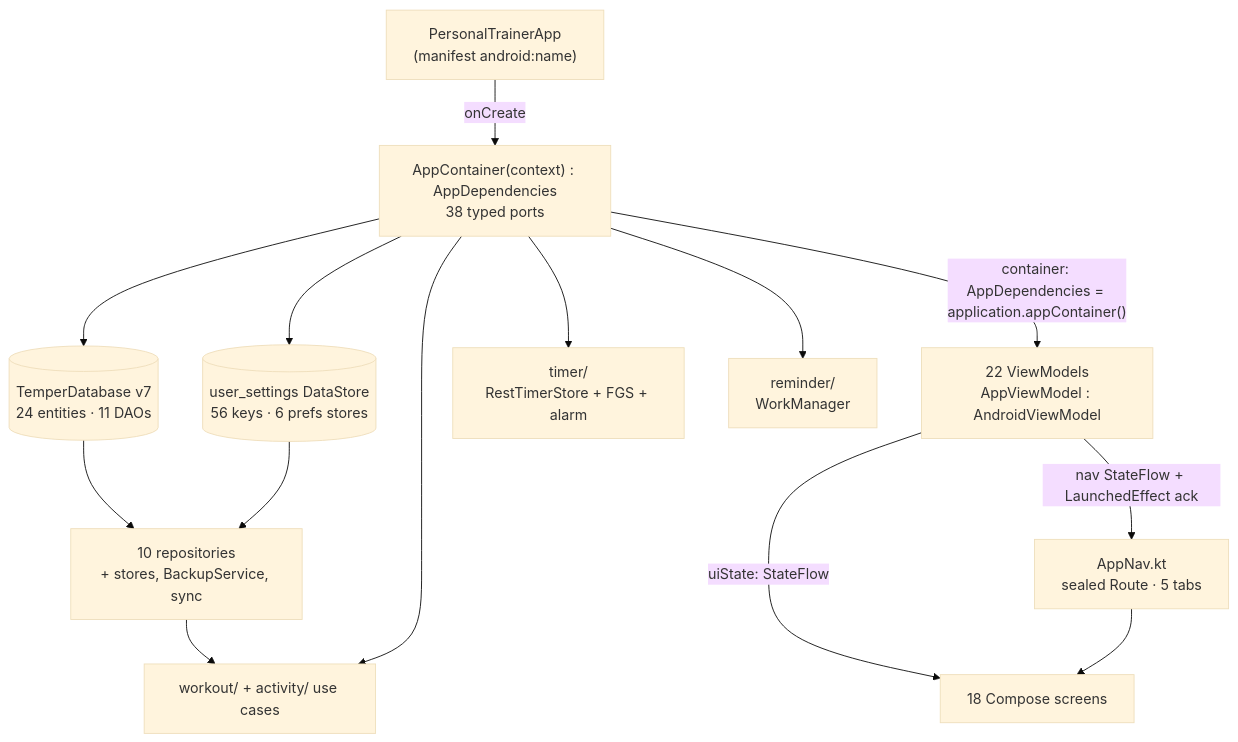
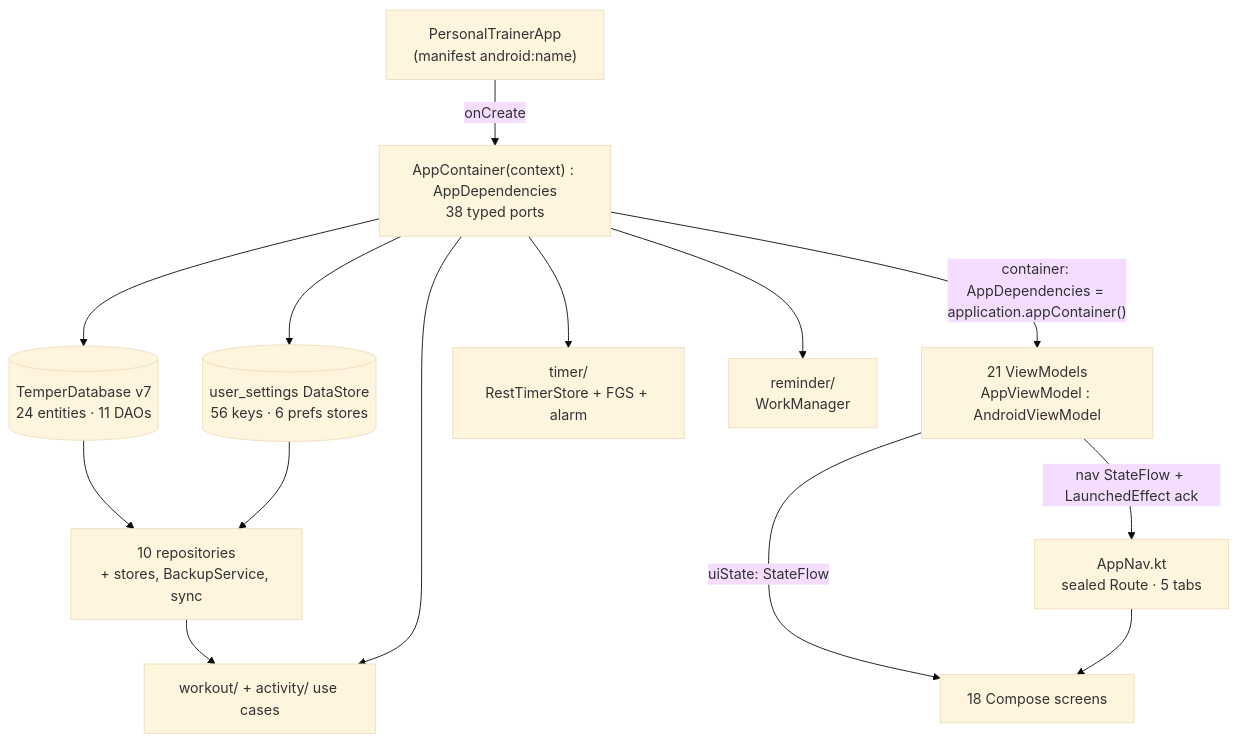
One commit to sinura7/PersonalTrainer changed the diagram in docs/architecture/CURRENT_STRUCTURE.md. Above: the diagram before and after it, drawn with Mermaid (base theme). The commit also changed other lines of this file and 15 other files, not shown here.

````diff
--- a/docs/architecture/CURRENT_STRUCTURE.md
+++ b/docs/architecture/CURRENT_STRUCTURE.md
@@ -73,28 +74,28 @@
 ```mermaid
 flowchart TB
     PTA["PersonalTrainerApp<br/>(manifest android:name)"]
     AC["AppContainer(context) : AppDependencies<br/>38 typed ports"]
     DB[("TemperDatabase v7<br/>24 entities · 11 DAOs")]
     PREFS[("user_settings DataStore<br/>56 keys · 6 prefs stores")]
     REPOS["10 repositories<br/>+ stores, BackupService, sync"]
     UC["workout/ + activity/ use cases"]
-    VMS["22 ViewModels<br/>AppViewModel : AndroidViewModel"]
+    VMS["21 ViewModels<br/>AppViewModel : AndroidViewModel"]
     NAV["AppNav.kt<br/>sealed Route · 5 tabs"]
     SCR["18 Compose screens"]
     TIM["timer/<br/>RestTimerStore + FGS + alarm"]
     REM["reminder/<br/>WorkManager"]
 
     PTA -->|onCreate| AC
     AC --> DB
     AC --> PREFS
     DB --> REPOS
     PREFS --> REPOS
     REPOS --> UC
     AC --> UC
     AC --> TIM
     AC --> REM
     AC -->|"container: AppDependencies = application.appContainer()"| VMS
     VMS -->|"uiState: StateFlow"| SCR
     VMS -->|"nav StateFlow + LaunchedEffect ack"| NAV
     NAV --> SCR
 ```
````
